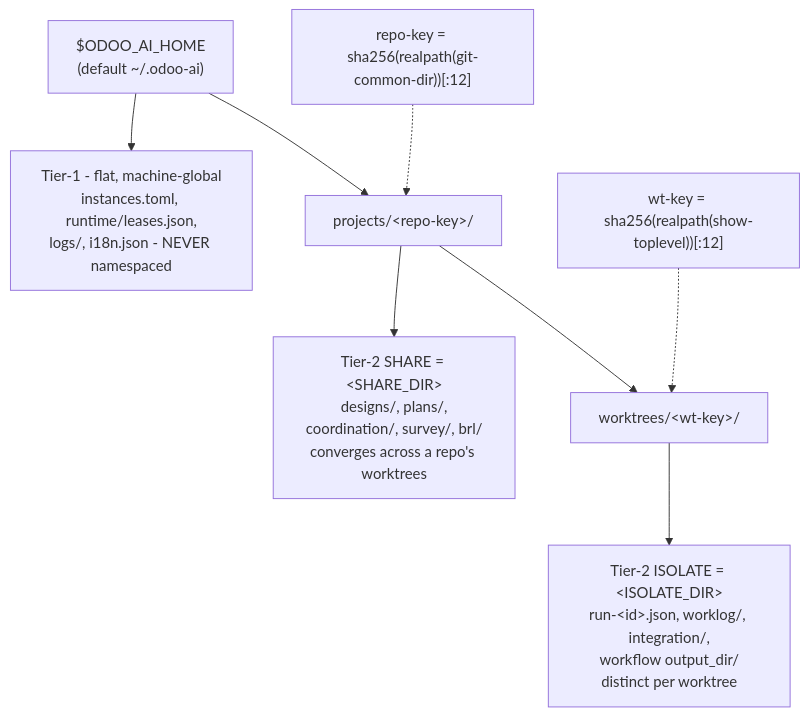
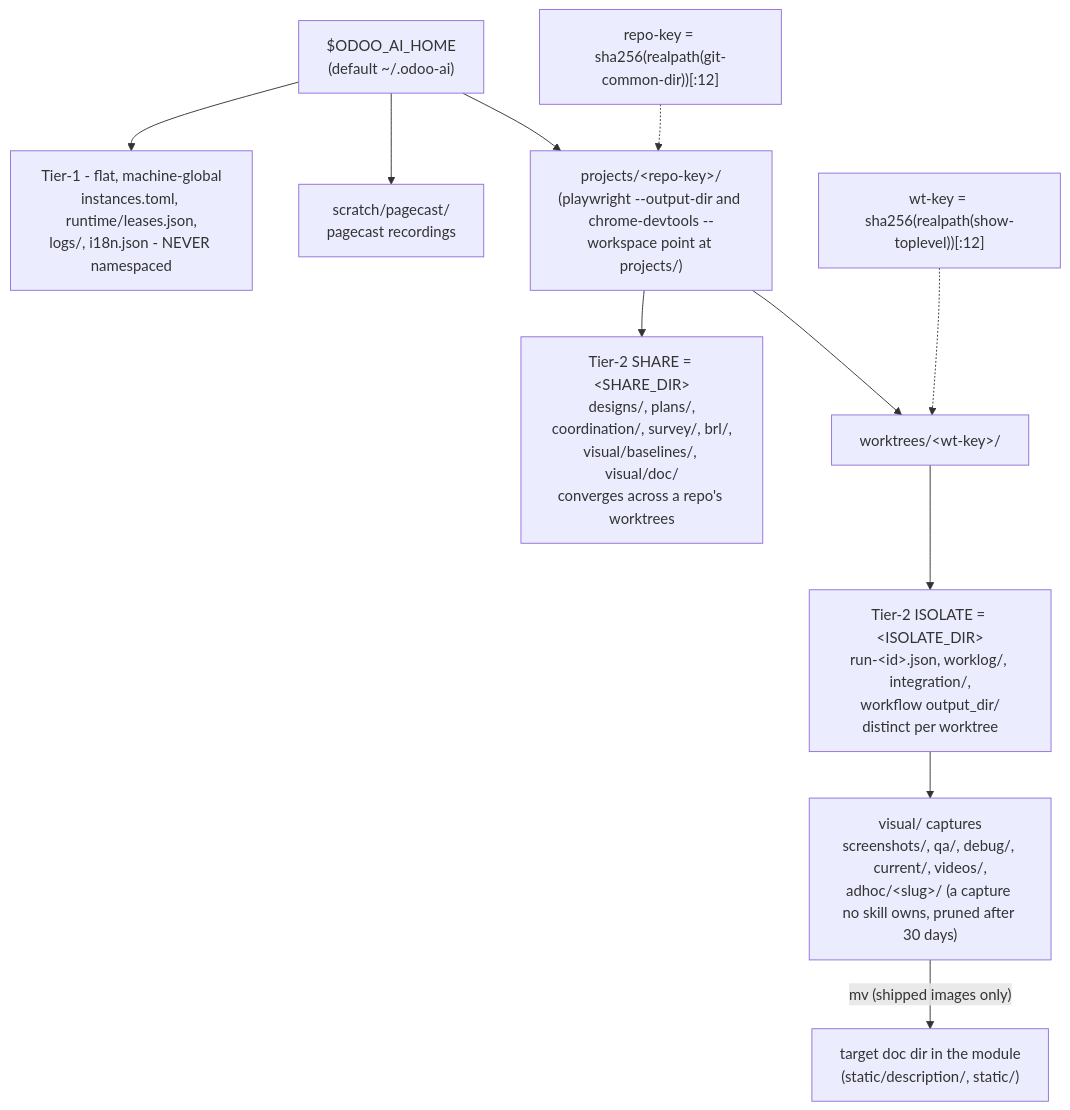
Before and after one commit to Viindoo/odoo-mcp-client: the ninth of 9 diagrams in plugins/odoo-ai-agents/README.md, drawn with Mermaid. The commit also changed other lines of this file and 91 other files, not shown here.

````diff
--- a/plugins/odoo-ai-agents/README.md
+++ b/plugins/odoo-ai-agents/README.md
@@ -876,12 +902,15 @@
 ```mermaid
 flowchart TD
     HOME["$ODOO_AI_HOME<br/>(default ~/.odoo-ai)"]
     HOME --> T1["Tier-1 - flat, machine-global<br/>instances.toml, runtime/leases.json,<br/>logs/, i18n.json - NEVER namespaced"]
-    HOME --> PROJ["projects/&lt;repo-key&gt;/"]
-    PROJ --> SHARE["Tier-2 SHARE = &lt;SHARE_DIR&gt;<br/>designs/, plans/,<br/>coordination/, survey/, brl/<br/>converges across a repo's worktrees"]
+    HOME --> SCR["scratch/pagecast/<br/>pagecast recordings"]
+    HOME --> PROJ["projects/&lt;repo-key&gt;/<br/>(playwright --output-dir and chrome-devtools --workspace point at projects/)"]
+    PROJ --> SHARE["Tier-2 SHARE = &lt;SHARE_DIR&gt;<br/>designs/, plans/,<br/>coordination/, survey/, brl/,<br/>visual/baselines/, visual/doc/<br/>converges across a repo's worktrees"]
     PROJ --> WT["worktrees/&lt;wt-key&gt;/"]
     WT --> ISO["Tier-2 ISOLATE = &lt;ISOLATE_DIR&gt;<br/>run-&lt;id&gt;.json, worklog/, integration/,<br/>workflow output_dir/<br/>distinct per worktree"]
+    ISO --> VIS["visual/ captures<br/>screenshots/, qa/, debug/, current/, videos/,<br/>adhoc/&lt;slug&gt;/ (a capture no skill owns, pruned after 30 days)"]
+    VIS -- "mv (shipped images only)" --> DOC["target doc dir in the module<br/>(static/description/, static/)"]
 
     REPOKEY["repo-key = sha256(realpath(git-common-dir))[:12]"] -.-> PROJ
     WTKEY["wt-key = sha256(realpath(show-toplevel))[:12]"] -.-> WT
 ```
````
